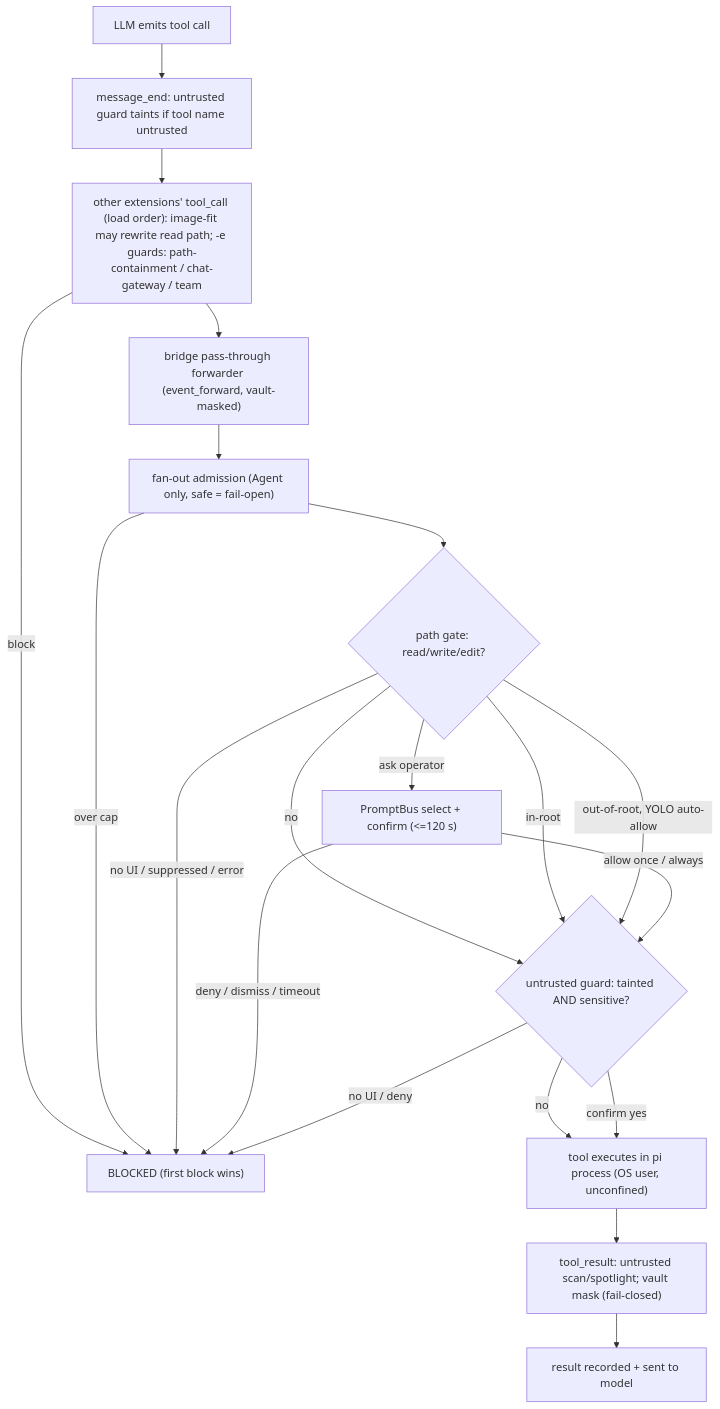
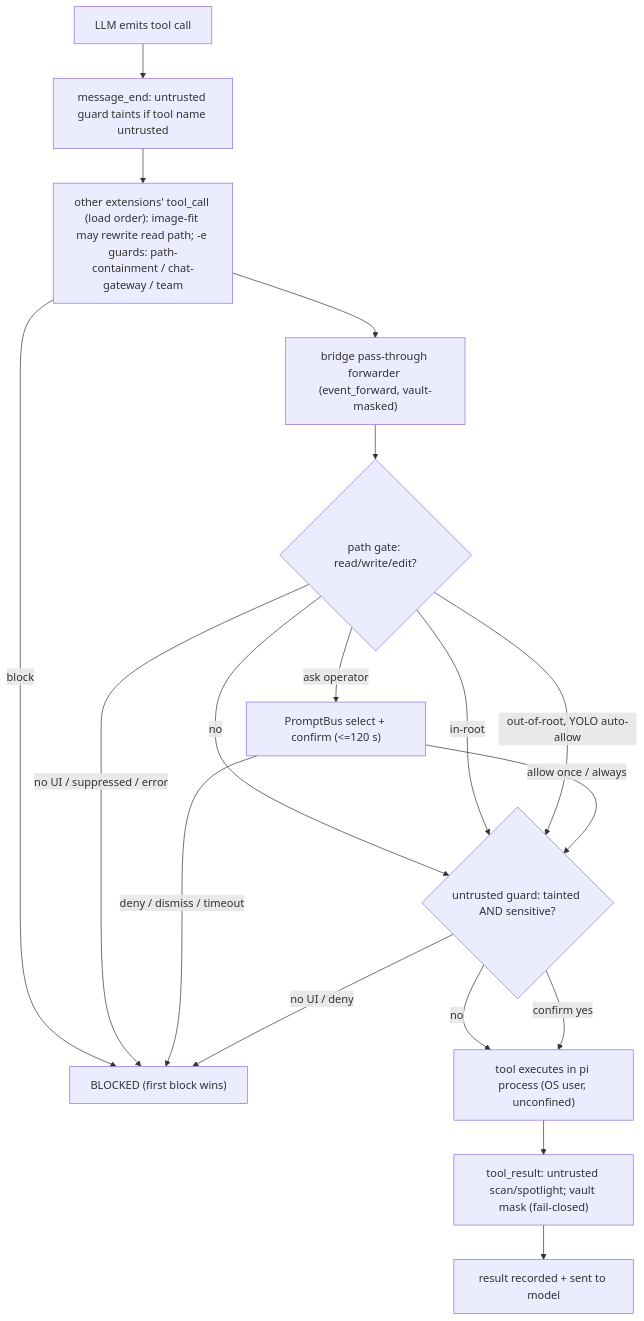
One commit to BlackBeltTechnology/pi-agent-dashboard changed the first of 3 diagrams in docs/security/tool-call-guards.md. Above: the diagram before and after it, drawn with Mermaid. The commit also changed other lines of this file and 123 other files, not shown here.

First line of the commit message:
feat(subagent-queue-visibility): queued state, per-subagent stop, Max parallel subagents setting; remove admission gate (#1122)

````diff
--- a/docs/security/tool-call-guards.md
+++ b/docs/security/tool-call-guards.md
@@ -77,22 +77,20 @@
 ```mermaid
 flowchart TD
   A["LLM emits tool call"] --> MSG["message_end: untrusted guard taints if tool name untrusted"]
   MSG --> OTHER["other extensions' tool_call (load order): image-fit may rewrite read path; -e guards: path-containment / chat-gateway / team"]
   OTHER -->|"block"| X["BLOCKED (first block wins)"]
   OTHER --> FWD["bridge pass-through forwarder (event_forward, vault-masked)"]
-  FWD --> FAN["fan-out admission (Agent only, safe = fail-open)"]
-  FAN -->|"over cap"| X
-  FAN --> PG{"path gate: read/write/edit?"}
+  FWD --> PG{"path gate: read/write/edit?"}
   PG -->|"no"| UG
   PG -->|"in-root"| UG
   PG -->|"no UI / suppressed / error"| X
   PG -->|"out-of-root, YOLO auto-allow"| UG
   PG -->|"ask operator"| ASK["PromptBus select + confirm (<=120 s)"]
   ASK -->|"deny / dismiss / timeout"| X
   ASK -->|"allow once / always"| UG
   UG{"untrusted guard: tainted AND sensitive?"} -->|"no"| EXEC
   UG -->|"confirm yes"| EXEC
   UG -->|"no UI / deny"| X
   EXEC["tool executes in pi process (OS user, unconfined)"] --> TR["tool_result: untrusted scan/spotlight; vault mask (fail-closed)"]
   TR --> MODEL["result recorded + sent to model"]
 ```
````
